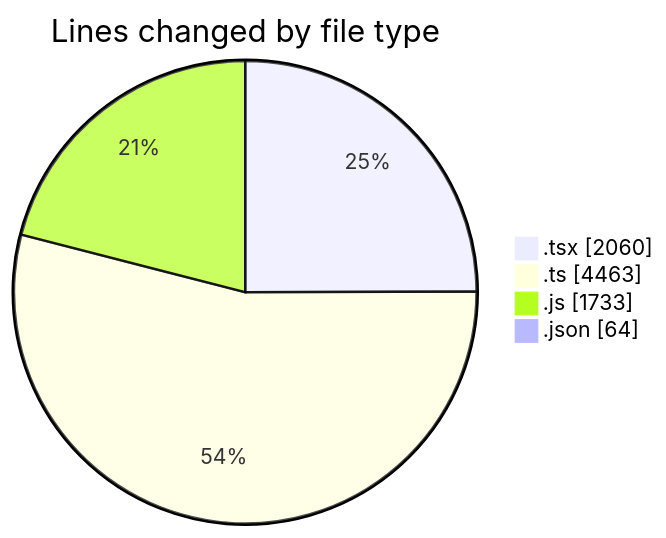
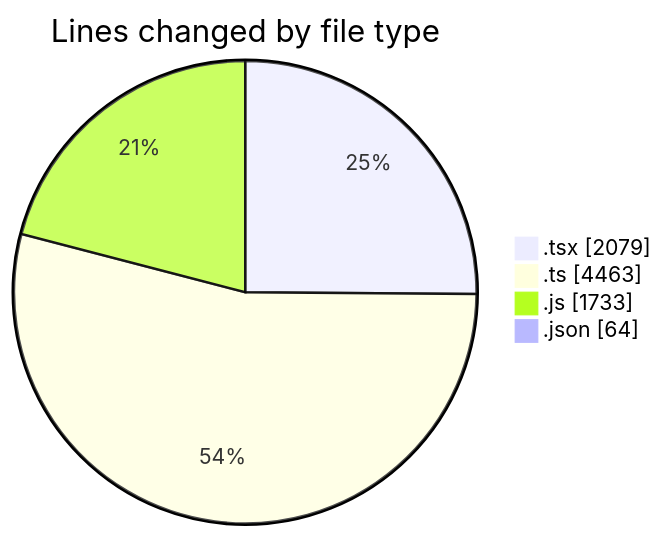
Before and after one commit to momahboobian/code-tracking: the first of 2 diagrams in 2026-07-30/cda/README.md, drawn with Mermaid. The commit also changed other lines of this file and 1 other file, not shown here.

````diff
--- a/2026-07-30/cda/README.md
+++ b/2026-07-30/cda/README.md
@@ -47,8 +47,8 @@
 ```mermaid
 pie showData
 title Lines changed by file type
-".tsx" : 2060
+".tsx" : 2079
 ".ts" : 4463
 ".js" : 1733
 ".json" : 64
 ```
````
